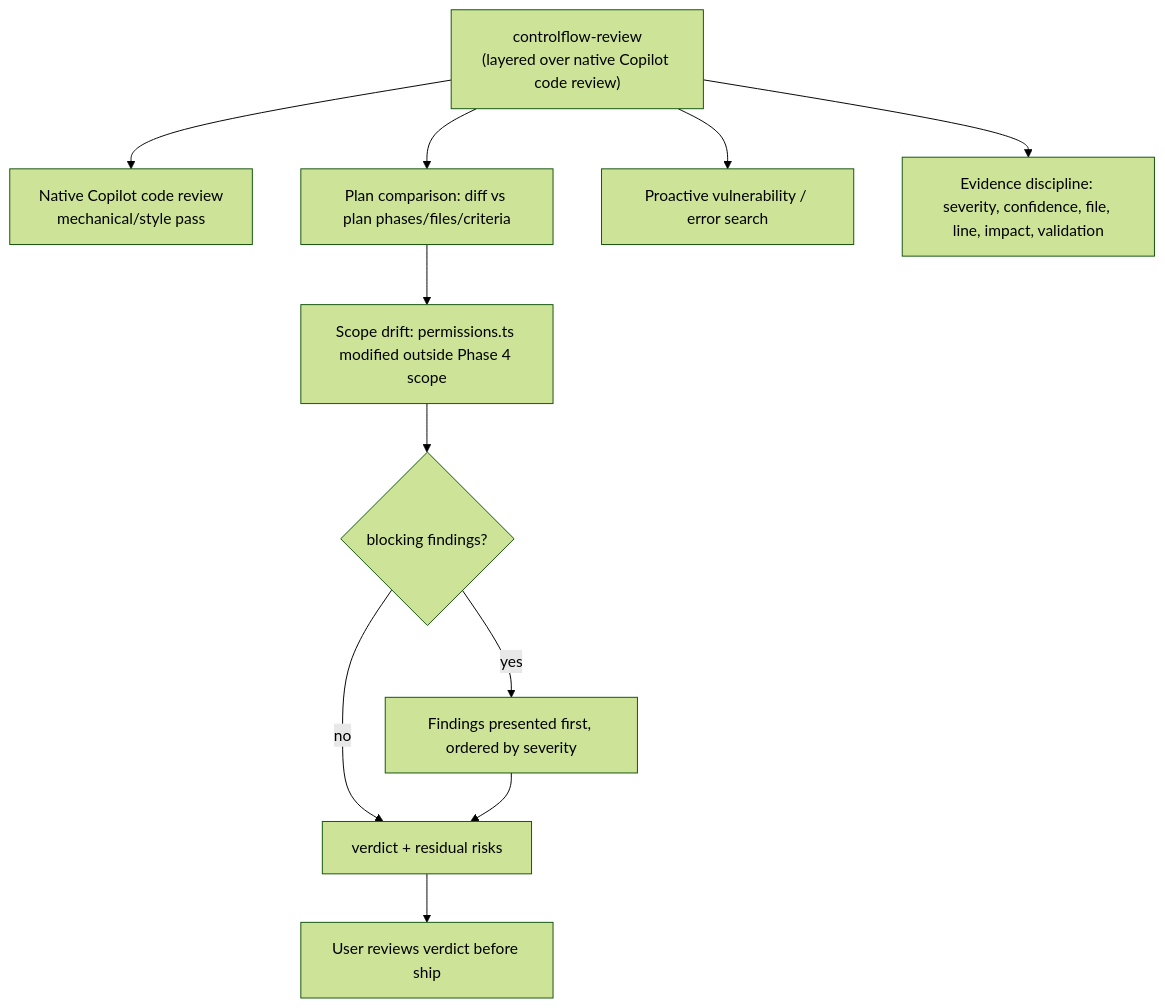
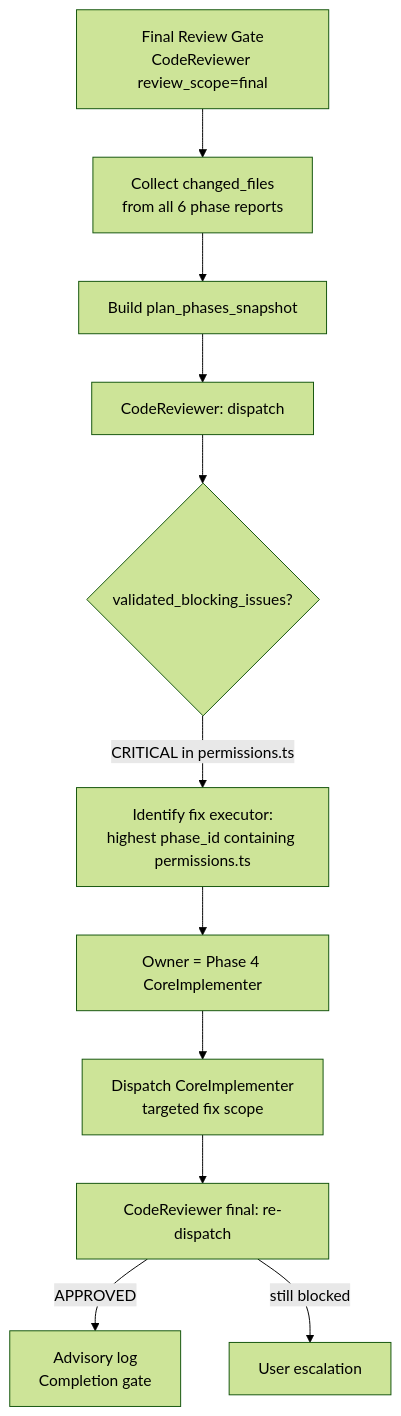
Before and after one commit to Smithbox-ai/ControlFlow: the seventh of 7 diagrams in docs/tutorial-en/15-case-studies.md, drawn with Mermaid (forest theme). The commit also changed other lines of this file and 416 other files, not shown here.

First line of the commit message:
revert: roll back slim Copilot-first refactor, restore 13-agent core

````diff
--- a/docs/tutorial-en/15-case-studies.md
+++ b/docs/tutorial-en/15-case-studies.md
@@ -214,24 +169,13 @@
 ```mermaid
 flowchart TD
-    Review["controlflow-review<br/>(layered over native Copilot code review)"]
-    NativePass["Native Copilot code review<br/>mechanical/style pass"]
-    Cmp[Plan comparison: diff vs plan phases/files/criteria]
-    Vuln[Proactive vulnerability / error search]
-    Ev[Evidence discipline: severity, confidence, file, line, impact, validation]
-    Issue{blocking findings?}
-    Drift[Scope drift: permissions.ts modified outside Phase 4 scope]
-    Findings[Findings presented first, ordered by severity]
-    Verdict[verdict + residual risks]
-    User[User reviews verdict before ship]
-
-    Review --> NativePass
-    Review --> Cmp
-    Review --> Vuln
-    Review --> Ev
-    Cmp --> Drift
-    Drift --> Issue
-    Issue -->|yes| Findings
-    Issue -->|no| Verdict
-    Findings --> Verdict
-    Verdict --> User
+    FR[Final Review Gate\nCodeReviewer review_scope=final] --> Collect[Collect changed_files\nfrom all 6 phase reports]
+    Collect --> Snapshot[Build plan_phases_snapshot]
+    Snapshot --> CR[CodeReviewer: dispatch]
+    CR --> Issue{validated_blocking_issues?}
+    Issue -->|CRITICAL in permissions.ts| Identify[Identify fix executor:\nhighest phase_id containing permissions.ts]
+    Identify --> Owner[Owner = Phase 4 CoreImplementer]
+    Owner --> Fix[Dispatch CoreImplementer\ntargeted fix scope]
+    Fix --> CR2[CodeReviewer final: re-dispatch]
+    CR2 -->|APPROVED| Done[Advisory log\nCompletion gate]
+    CR2 -->|still blocked| User[User escalation]
 ```
````
